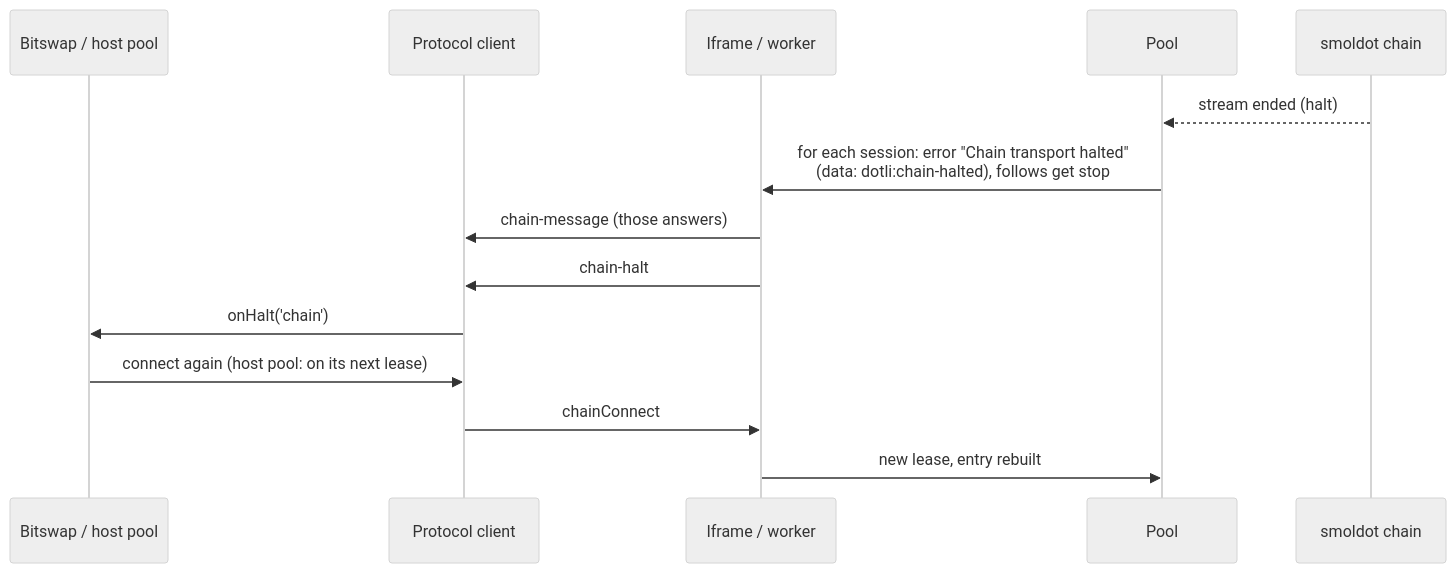
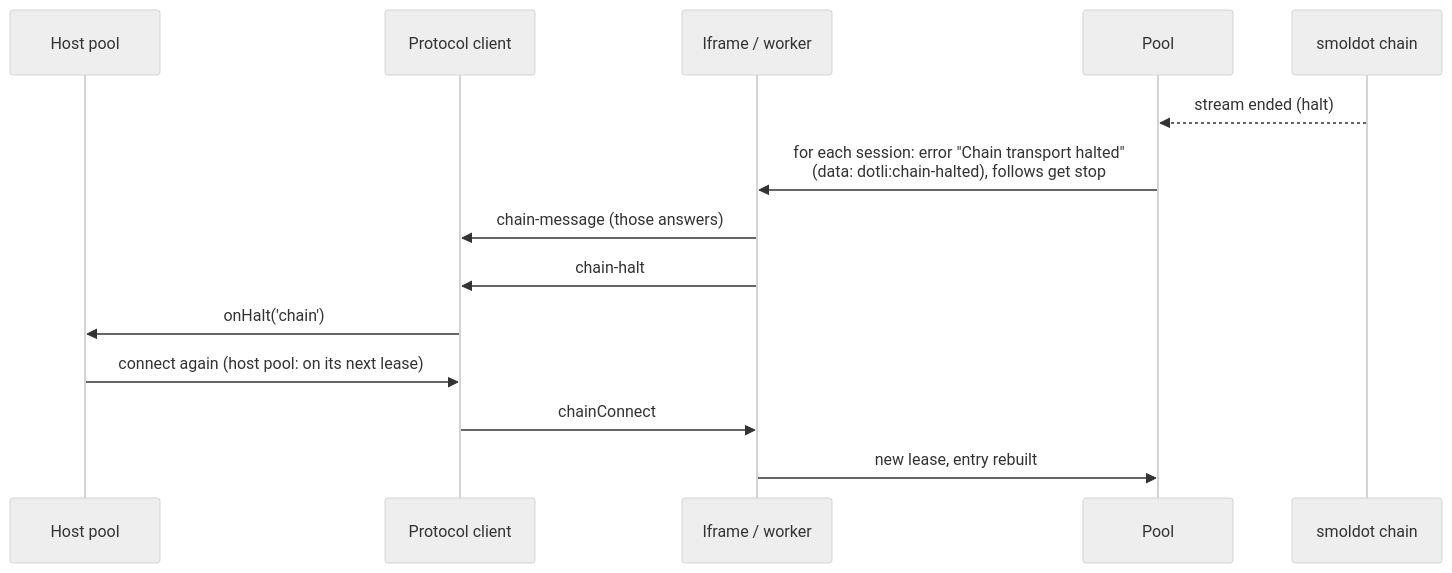
The sixth of 8 diagrams in docs/chain-connections.md (paritytech/dotli-community), drawn with Mermaid (neutral theme) before and after one commit. The commit also changed other lines of this file and 54 other files, not shown here.

````diff
--- a/docs/chain-connections.md
+++ b/docs/chain-connections.md
@@ -286,16 +300,16 @@
 ```mermaid
 sequenceDiagram
-  participant Use as Bitswap / host pool
+  participant Use as Host pool
   participant Cli as Protocol client
   participant Ctx as Iframe / worker
   participant Pool as Pool
   participant Chain as smoldot chain
   Chain-->>Pool: stream ended (halt)
   Pool->>Ctx: for each session: error "Chain transport halted"<br/>(data: dotli:chain-halted), follows get stop
   Ctx->>Cli: chain-message (those answers)
   Ctx->>Cli: chain-halt
   Cli->>Use: onHalt('chain')
   Use->>Cli: connect again (host pool: on its next lease)
   Cli->>Ctx: chainConnect
   Ctx->>Pool: new lease, entry rebuilt
 ```
````
